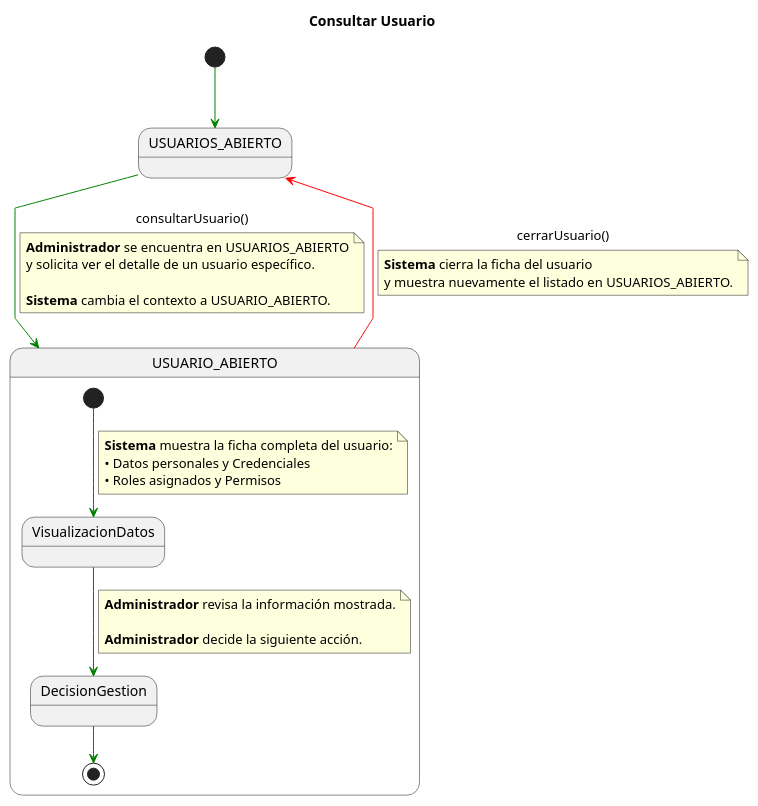
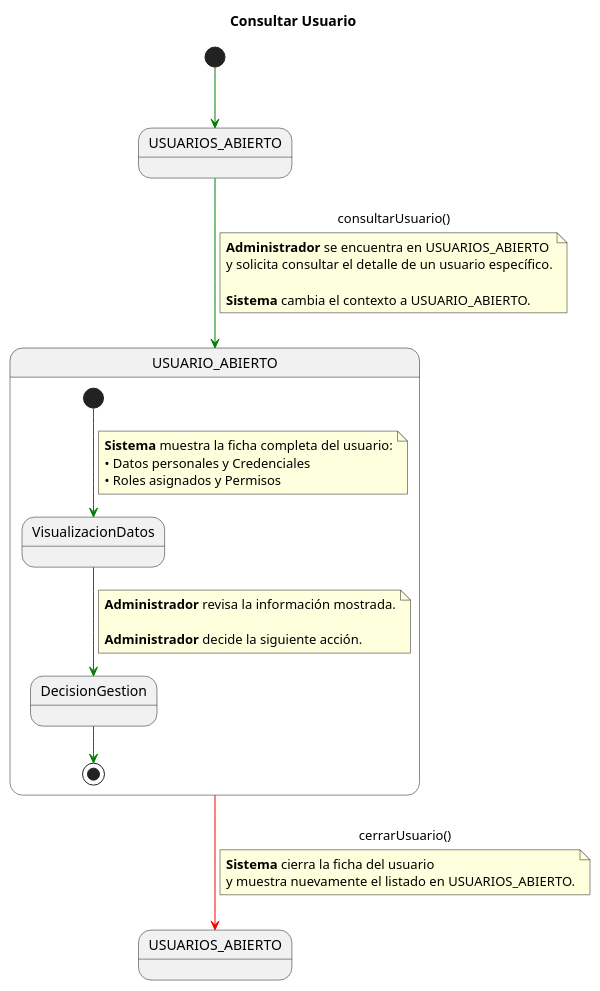
One commit to enmabry/25-26-IdSw1-SdR changed the diagram in documents/CasosDeUso/DetalladoCasosDeUso/Administrador/consultarUsuario.puml. Above: the diagram before and after it, drawn with PlantUML. The commit also changed 21 other files, not shown here.

```diff
--- a/documents/CasosDeUso/DetalladoCasosDeUso/Administrador/consultarUsuario.puml
+++ b/documents/CasosDeUso/DetalladoCasosDeUso/Administrador/consultarUsuario.puml
@@ -1,46 +1,47 @@
 @startuml
 title Consultar Usuario
 skinparam linetype polyline
 
 state USUARIOS_ABIERTO_INICIAL as "USUARIOS_ABIERTO"
+state USUARIOS_ABIERTO_FINAL as "USUARIOS_ABIERTO"
 state USUARIO_ABIERTO_COMP     as "USUARIO_ABIERTO"
 
 [*] -[#green]-> USUARIOS_ABIERTO_INICIAL
 
 USUARIOS_ABIERTO_INICIAL -[#green]-> USUARIO_ABIERTO_COMP : consultarUsuario()
 note on link
 <b>Administrador</b> se encuentra en USUARIOS_ABIERTO
-y solicita ver el detalle de un usuario específico.
+y solicita consultar el detalle de un usuario específico.
 
 <b>Sistema</b> cambia el contexto a USUARIO_ABIERTO.
 end note
 
 state USUARIO_ABIERTO_COMP as "USUARIO_ABIERTO" {
 
     state VisualizacionDatos
     state DecisionGestion
 
     [*] -[#green]-> VisualizacionDatos
     note on link
     <b>Sistema</b> muestra la ficha completa del usuario:
     • Datos personales y Credenciales
     • Roles asignados y Permisos
     end note
 
     VisualizacionDatos -[#green]-> DecisionGestion
     note on link
     <b>Administrador</b> revisa la información mostrada.
 
     <b>Administrador</b> decide la siguiente acción.
     end note
 
     DecisionGestion -[#green]-> [*]
 }
 
-USUARIO_ABIERTO_COMP -[#red]-> USUARIOS_ABIERTO_INICIAL : cerrarUsuario()
+USUARIO_ABIERTO_COMP -[#red]-> USUARIOS_ABIERTO_FINAL : cerrarUsuario()
 note on link
 <b>Sistema</b> cierra la ficha del usuario
 y muestra nuevamente el listado en USUARIOS_ABIERTO.
 end note
 
 @enduml
```
